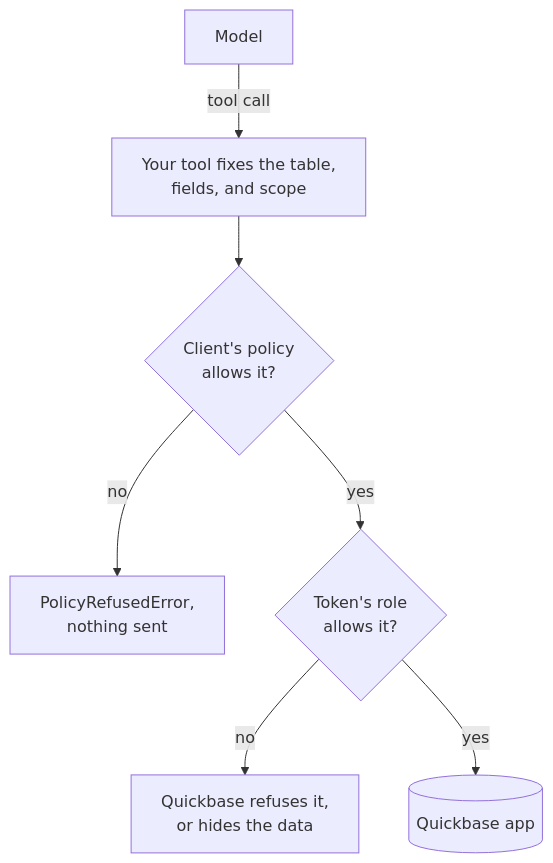
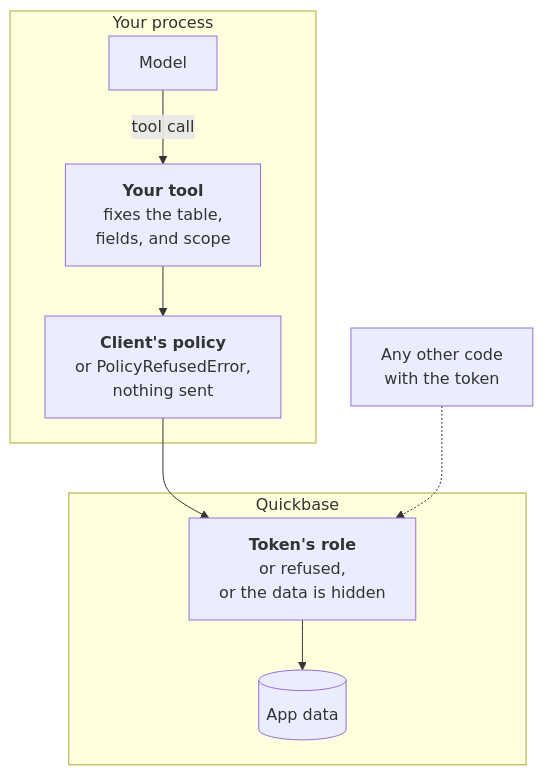
Before and after one commit to matthew-williams-solutions/pyquickbase: the diagram in docs/agents/index.md, drawn with Mermaid. The commit also changed 13 other files, not shown here.

First line of the commit message:
Keep the diagrams that show structure, and correct what they claimed

````diff
--- a/docs/agents/index.md
+++ b/docs/agents/index.md
@@ -92,9 +92,12 @@
 ```mermaid
 flowchart TD
-    M[Model] -- tool call --> T["Your tool fixes the table,<br/>fields, and scope"]
-    T --> P{"Client's policy<br/>allows it?"}
-    P -- no --> X1["PolicyRefusedError,<br/>nothing sent"]
-    P -- yes --> R{"Token's role<br/>allows it?"}
-    R -- no --> X2["Quickbase refuses it,<br/>or hides the data"]
-    R -- yes --> Q[(Quickbase app)]
+    subgraph proc["Your process"]
+        M[Model] -- tool call --> T["<b>Your tool</b><br/>fixes the table,<br/>fields, and scope"]
+        T --> P["<b>Client's policy</b><br/>or PolicyRefusedError,<br/>nothing sent"]
+    end
+    subgraph qb["Quickbase"]
+        R["<b>Token's role</b><br/>or refused,<br/>or the data is hidden"] --> A[(App data)]
+    end
+    P --> R
+    O["Any other code<br/>with the token"] -.-> R
 ```
````
